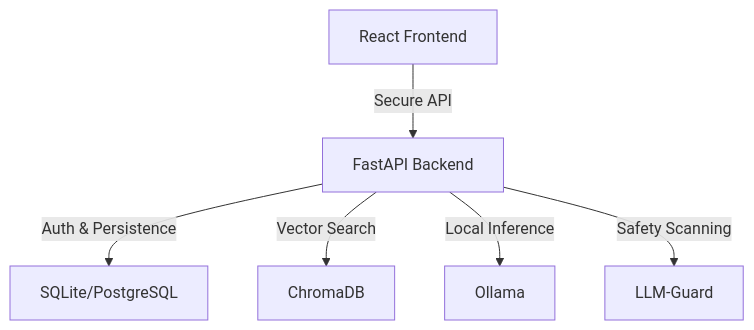
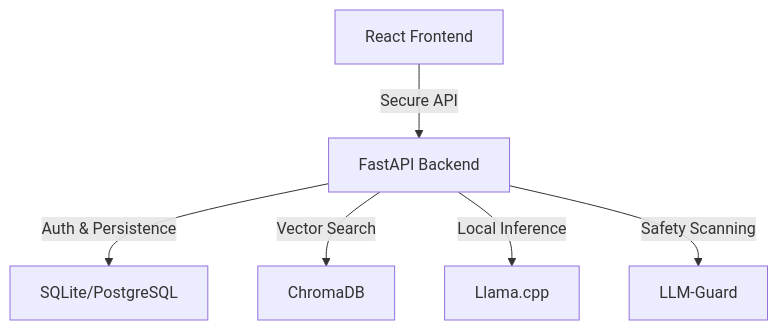
The diagram in README.md (burmeseitman/drifting-apollo), drawn with Mermaid before and after one commit. The commit also changed other lines of this file and 8 other files, not shown here.

Commit message:
feat: Introduce backend application with chat API, local LLM integration, and core infrastructure.

````diff
--- a/README.md
+++ b/README.md
@@ -43,8 +43,8 @@
 ```mermaid
 graph TD
     UI["React Frontend"] -->|Secure API| API["FastAPI Backend"]
     API -->|Auth & Persistence| DB["SQLite/PostgreSQL"]
     API -->|Vector Search| CHROMA["ChromaDB"]
-    API -->|Local Inference| OLLAMA["Ollama"]
+    API -->|Local Inference| LLM["Llama.cpp"]
     API -->|Safety Scanning| GUARD["LLM-Guard"]
 ```
````
